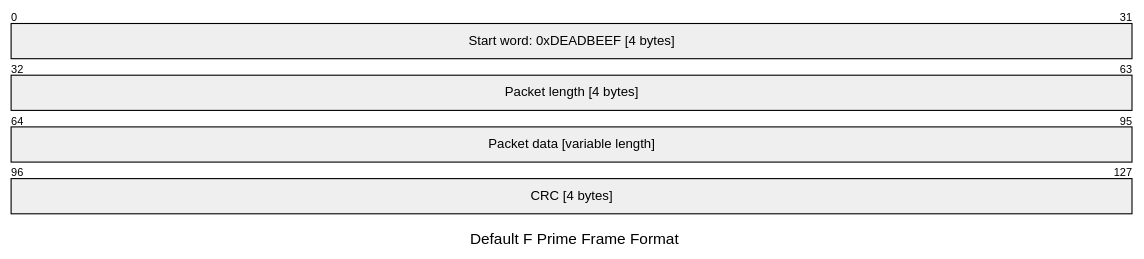
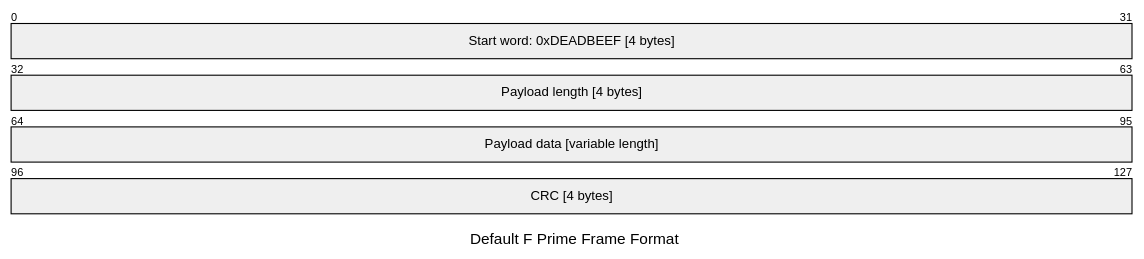
The diagram in Svc/FprimeProtocol/docs/sdd.md (nasa/fprime), drawn with Mermaid before and after one commit. The commit also changed other lines of this file and 13 other files, not shown here.

````diff
--- a/Svc/FprimeProtocol/docs/sdd.md
+++ b/Svc/FprimeProtocol/docs/sdd.md
@@ -15,10 +15,10 @@
 ```mermaid
 ---
 title: "Default F Prime Frame Format"
 ---
 packet-beta
   0-31: "Start word: 0xDEADBEEF [4 bytes]"
-  32-63: "Packet length [4 bytes]"
-  64-95: "Packet data [variable length]"
+  32-63: "Payload length [4 bytes]"
+  64-95: "Payload data [variable length]"
   96-127: "CRC [4 bytes]"
 ```
````
